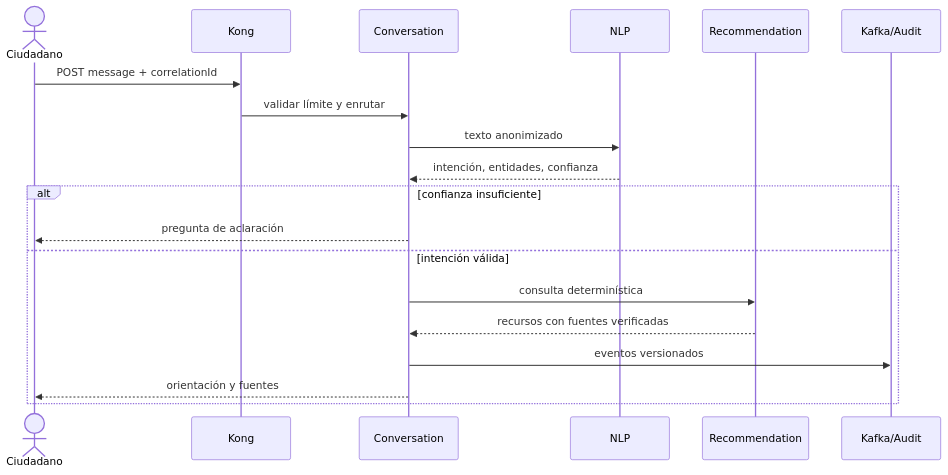
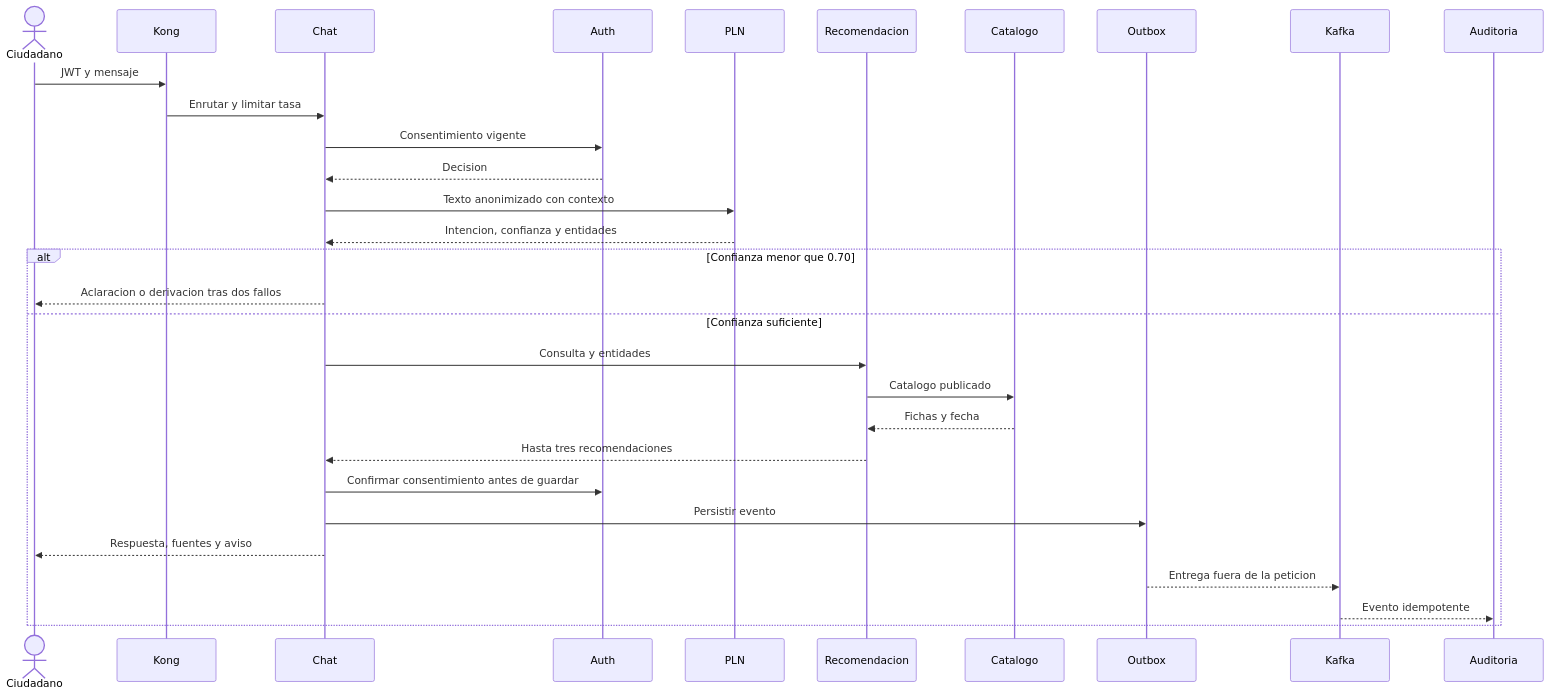
One commit to danielb1004/ciudadano-ai changed the diagram in docs/architecture/sequence.md. Above: the diagram before and after it, drawn with Mermaid. The commit also changed other lines of this file and 151 other files, not shown here.

````diff
--- a/docs/architecture/sequence.md
+++ b/docs/architecture/sequence.md
@@ -1,21 +3,32 @@
 ```mermaid
 sequenceDiagram
- actor C as Ciudadano
- participant K as Kong
- participant S as Conversation
- participant N as NLP
- participant R as Recommendation
- participant E as Kafka/Audit
- C->>K: POST message + correlationId
- K->>S: validar límite y enrutar
- S->>N: texto anonimizado
- N-->>S: intención, entidades, confianza
- alt confianza insuficiente
-  S-->>C: pregunta de aclaración
- else intención válida
-  S->>R: consulta determinística
-  R-->>S: recursos con fuentes verificadas
-  S->>E: eventos versionados
-  S-->>C: orientación y fuentes
- end
+  actor U as Ciudadano
+  participant K as Kong
+  participant C as Chat
+  participant A as Auth
+  participant N as PLN
+  participant R as Recomendacion
+  participant CA as Catalogo
+  participant O as Outbox
+  participant E as Kafka
+  participant AU as Auditoria
+  U->>K: JWT y mensaje
+  K->>C: Enrutar y limitar tasa
+  C->>A: Consentimiento vigente
+  A-->>C: Decision
+  C->>N: Texto anonimizado con contexto
+  N-->>C: Intencion, confianza y entidades
+  alt Confianza menor que 0.70
+    C-->>U: Aclaracion o derivacion tras dos fallos
+  else Confianza suficiente
+    C->>R: Consulta y entidades
+    R->>CA: Catalogo publicado
+    CA-->>R: Fichas y fecha
+    R-->>C: Hasta tres recomendaciones
+    C->>A: Confirmar consentimiento antes de guardar
+    C->>O: Persistir evento
+    C-->>U: Respuesta, fuentes y aviso
+    O-->>E: Entrega fuera de la peticion
+    E-->>AU: Evento idempotente
+  end
 ```
````
